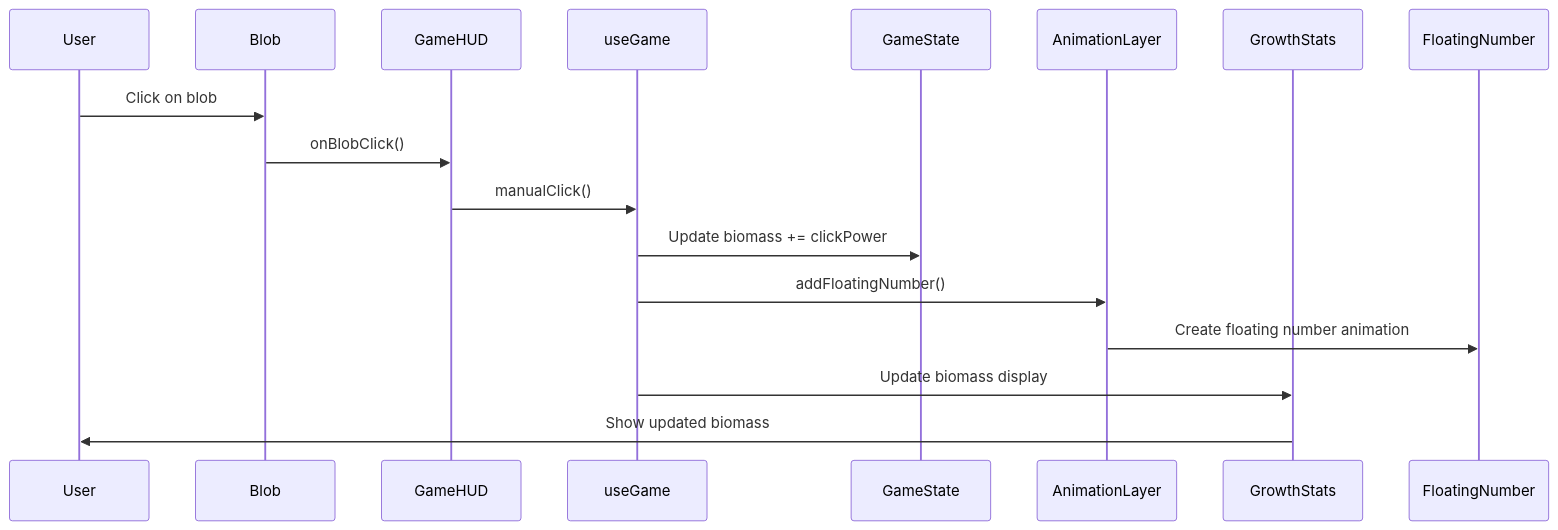
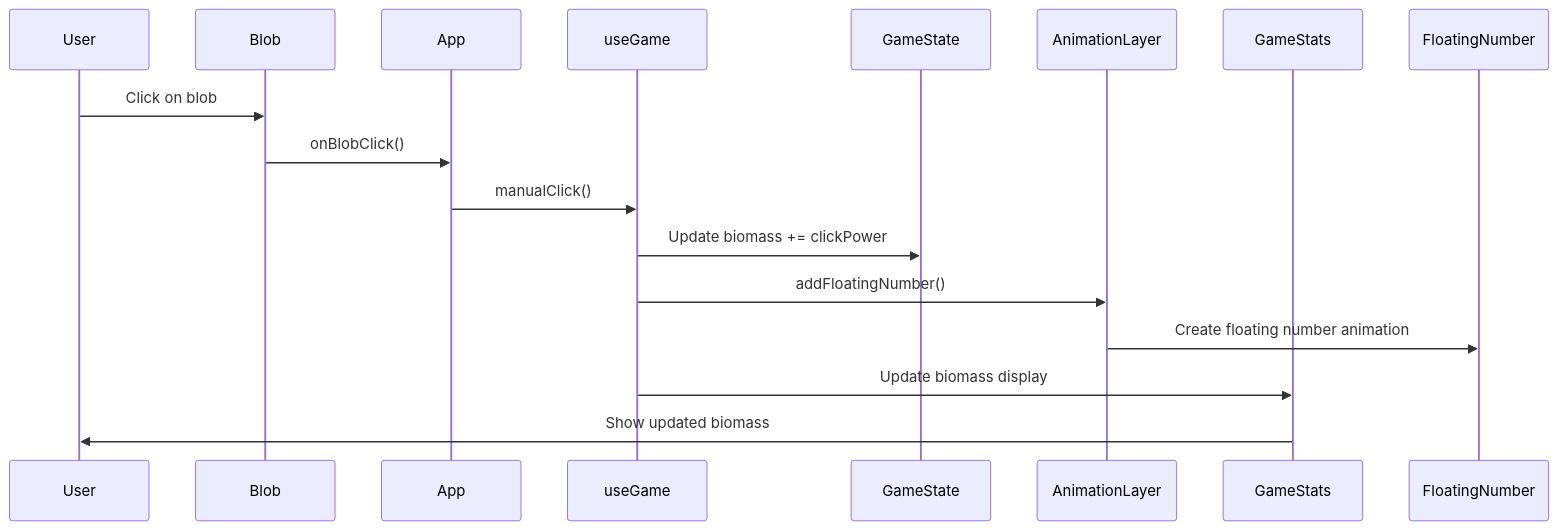
The second of 16 diagrams in docs/architecture-diagrams.md (andreicstoica/blob-game), drawn with Mermaid before and after one commit. The commit also changed other lines of this file and 1 other file, not shown here.

Commit message:
architecture diagram update pre spec writing

````diff
--- a/docs/architecture-diagrams.md
+++ b/docs/architecture-diagrams.md
@@ -180,19 +246,19 @@
 ```mermaid
 sequenceDiagram
     participant User
     participant Blob
-    participant GameHUD
+    participant App
     participant useGame
     participant GameState
     participant AnimationLayer
-    participant GrowthStats
+    participant GameStats
 
     User->>Blob: Click on blob
-    Blob->>GameHUD: onBlobClick()
-    GameHUD->>useGame: manualClick()
+    Blob->>App: onBlobClick()
+    App->>useGame: manualClick()
     useGame->>GameState: Update biomass += clickPower
     useGame->>AnimationLayer: addFloatingNumber()
     AnimationLayer->>FloatingNumber: Create floating number animation
-    useGame->>GrowthStats: Update biomass display
-    GrowthStats->>User: Show updated biomass
+    useGame->>GameStats: Update biomass display
+    GameStats->>User: Show updated biomass
 ```
````
